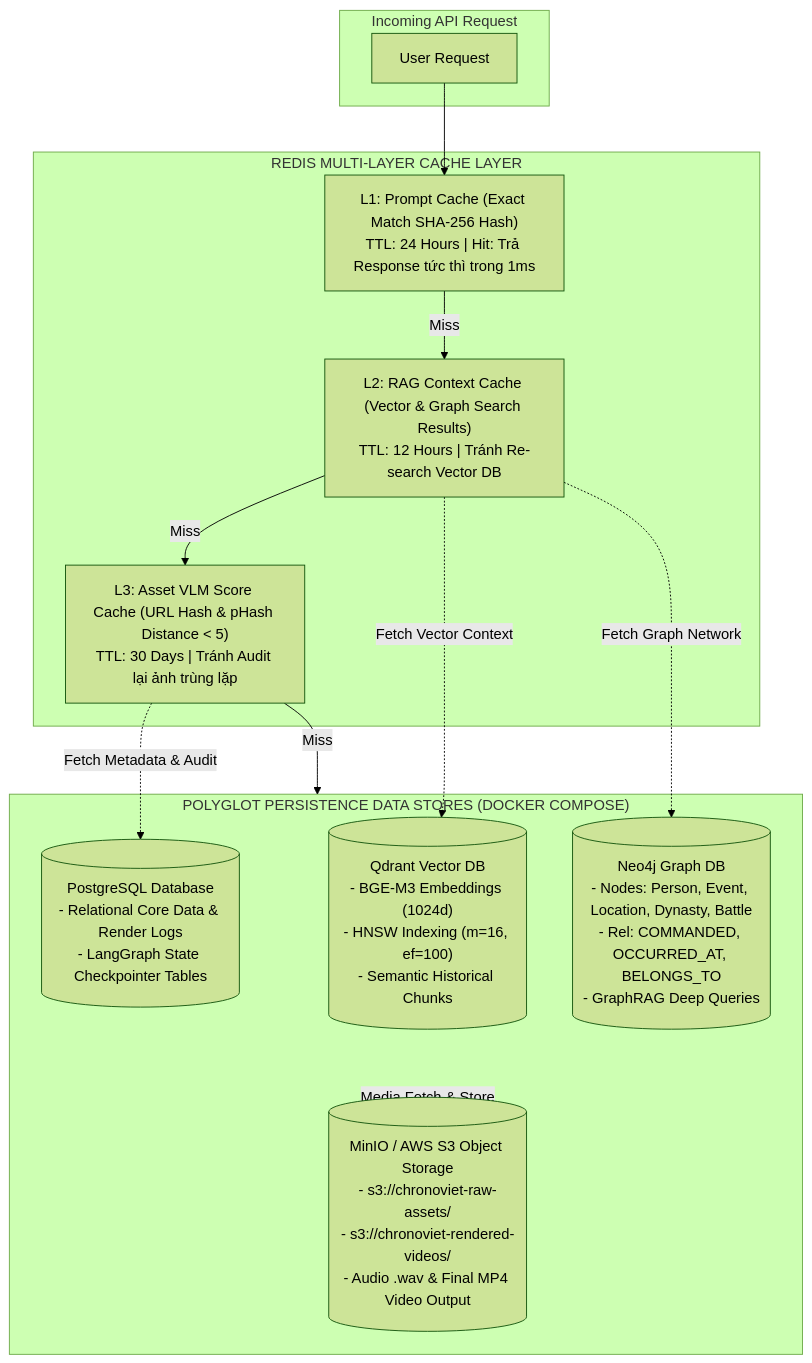
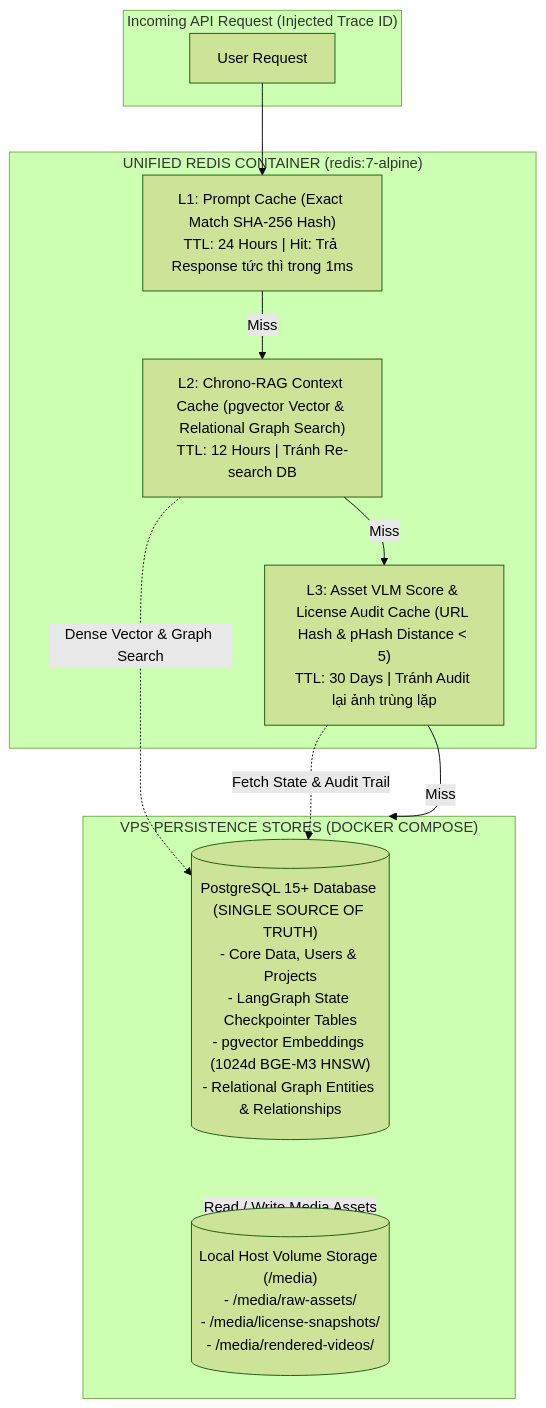
Before and after one commit to TCTri205/ChronoViet: the third of 6 diagrams in docs/architecture/CHRONOVIET_ARCHITECTURE_DIAGRAMS.md, drawn with Mermaid (forest theme). The commit also changed other lines of this file and 751 other files, not shown here.

````diff
--- a/docs/architecture/CHRONOVIET_ARCHITECTURE_DIAGRAMS.md
+++ b/docs/architecture/CHRONOVIET_ARCHITECTURE_DIAGRAMS.md
@@ -144,29 +158,26 @@
 ```mermaid
 flowchart TD
-    subgraph ClientReq["Incoming API Request"]
+    subgraph ClientReq["Incoming API Request (Injected Trace ID)"]
         Req["User Request"]
     end
 
-    subgraph RedisCacheLayer["REDIS MULTI-LAYER CACHE LAYER"]
+    subgraph RedisCacheLayer["UNIFIED REDIS CONTAINER (redis:7-alpine)"]
         L1Cache["L1: Prompt Cache (Exact Match SHA-256 Hash)\nTTL: 24 Hours | Hit: Trả Response tức thì trong 1ms"]
-        L2Cache["L2: RAG Context Cache (Vector & Graph Search Results)\nTTL: 12 Hours | Tránh Re-search Vector DB"]
-        L3Cache["L3: Asset VLM Score Cache (URL Hash & pHash Distance < 5)\nTTL: 30 Days | Tránh Audit lại ảnh trùng lặp"]
+        L2Cache["L2: Chrono-RAG Context Cache (pgvector Vector & Relational Graph Search)\nTTL: 12 Hours | Tránh Re-search DB"]
+        L3Cache["L3: Asset VLM Score & License Audit Cache (URL Hash & pHash Distance < 5)\nTTL: 30 Days | Tránh Audit lại ảnh trùng lặp"]
     end
 
-    subgraph DataStores["POLYGLOT PERSISTENCE DATA STORES (DOCKER COMPOSE)"]
-        Qdrant[("Qdrant Vector DB\n- BGE-M3 Embeddings (1024d)\n- HNSW Indexing (m=16, ef=100)\n- Semantic Historical Chunks")]
-        Neo4j[("Neo4j Graph DB\n- Nodes: Person, Event, Location, Dynasty, Battle\n- Rel: COMMANDED, OCCURRED_AT, BELONGS_TO\n- GraphRAG Deep Queries")]
-        PostgreSQL[("PostgreSQL Database\n- Relational Core Data & Render Logs\n- LangGraph State Checkpointer Tables")]
-        MinIOS3[("MinIO / AWS S3 Object Storage\n- s3://chronoviet-raw-assets/\n- s3://chronoviet-rendered-videos/\n- Audio .wav & Final MP4 Video Output")]
+    subgraph PolyglotStores["VPS PERSISTENCE STORES (DOCKER COMPOSE)"]
+        PostgreSQL[("PostgreSQL 15+ Database (SINGLE SOURCE OF TRUTH)\n- Core Data, Users & Projects\n- LangGraph State Checkpointer Tables\n- pgvector Embeddings (1024d BGE-M3 HNSW)\n- Relational Graph Entities & Relationships")]
+        MediaStorage[("Local Host Volume Storage (/media)\n- /media/raw-assets/\n- /media/license-snapshots/\n- /media/rendered-videos/")]
     end
 
     Req --> L1Cache
     L1Cache -- Miss --> L2Cache
     L2Cache -- Miss --> L3Cache
-    L3Cache -- Miss --> DataStores
+    L3Cache -- Miss --> PolyglotStores
 
-    L2Cache -. Fetch Vector Context .-> Qdrant
-    L2Cache -. Fetch Graph Network .-> Neo4j
-    L3Cache -. Fetch Metadata & Audit .-> PostgreSQL
-    DataStores -. Media Fetch & Store .-> MinIOS3
+    L2Cache -. Dense Vector & Graph Search .-> PostgreSQL
+    L3Cache -. Fetch State & Audit Trail .-> PostgreSQL
+    PolyglotStores -. Read / Write Media Assets .-> MediaStorage
 ```
````
